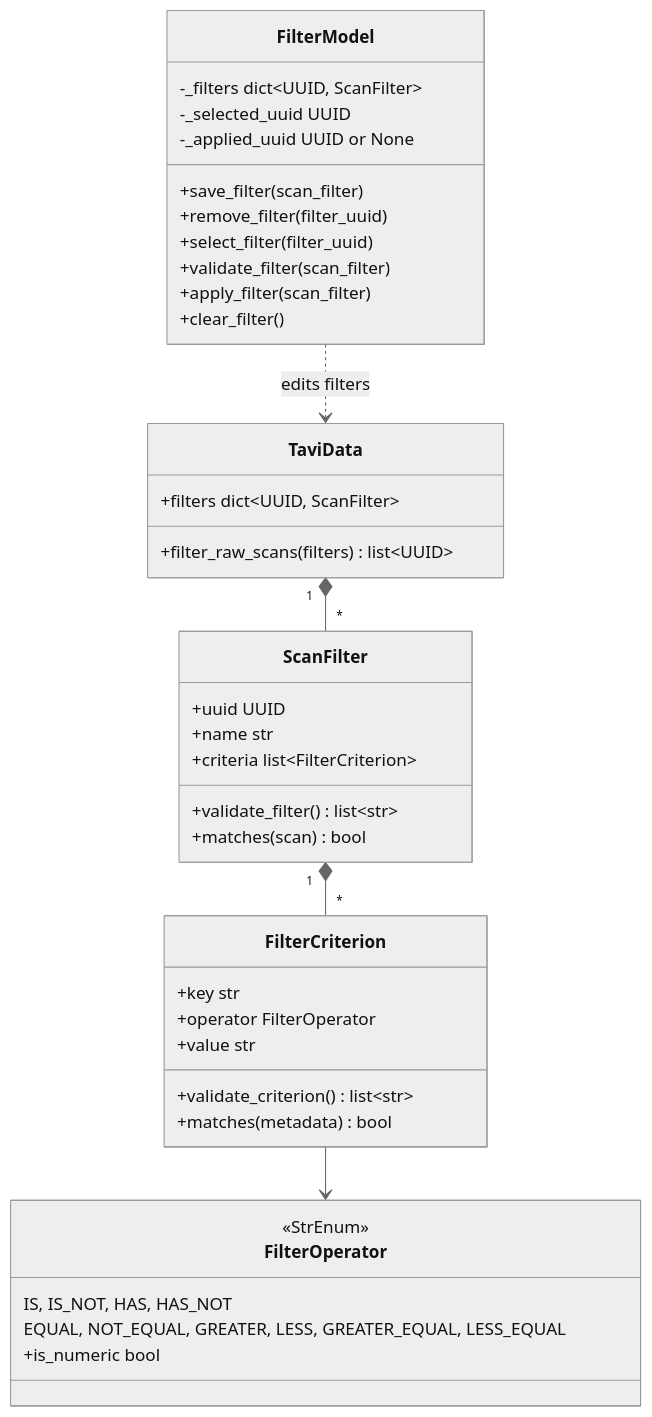
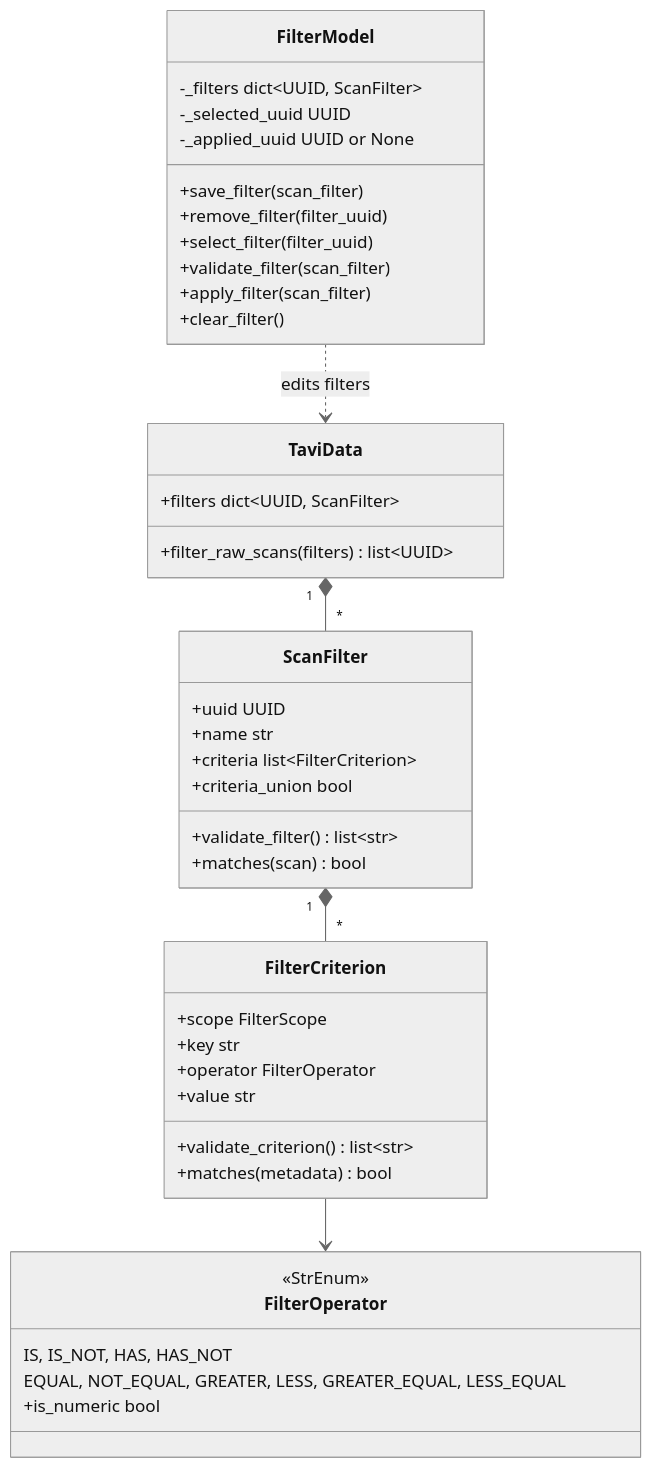
Before and after one commit to neutrons/TAVI: the first of 3 diagrams in docs/source/design/frontend/filter_model.rst, drawn with Mermaid (neutral theme). The commit also changed other lines of this file and 13 other files, not shown here.

```diff
--- a/docs/source/design/frontend/filter_model.rst
+++ b/docs/source/design/frontend/filter_model.rst
@@ -22,42 +23,44 @@
 .. mermaid::
 
     classDiagram
         class FilterOperator {
             <<StrEnum>>
             IS, IS_NOT, HAS, HAS_NOT
             EQUAL, NOT_EQUAL, GREATER, LESS, GREATER_EQUAL, LESS_EQUAL
             +is_numeric bool
         }
         class FilterCriterion {
+            +scope FilterScope
             +key str
             +operator FilterOperator
             +value str
             +validate_criterion() list~str~
             +matches(metadata) bool
         }
         class ScanFilter {
             +uuid UUID
             +name str
             +criteria list~FilterCriterion~
+            +criteria_union bool
             +validate_filter() list~str~
             +matches(scan) bool
         }
         class FilterModel {
             -_filters dict~UUID, ScanFilter~
             -_selected_uuid UUID
             -_applied_uuid UUID or None
             +save_filter(scan_filter)
             +remove_filter(filter_uuid)
             +select_filter(filter_uuid)
             +validate_filter(scan_filter)
             +apply_filter(scan_filter)
             +clear_filter()
         }
         class TaviData {
             +filters dict~UUID, ScanFilter~
             +filter_raw_scans(filters) list~UUID~
         }
         ScanFilter "1" *-- "*" FilterCriterion
         FilterCriterion --> FilterOperator
         TaviData "1" *-- "*" ScanFilter
         FilterModel ..> TaviData : edits filters
```
